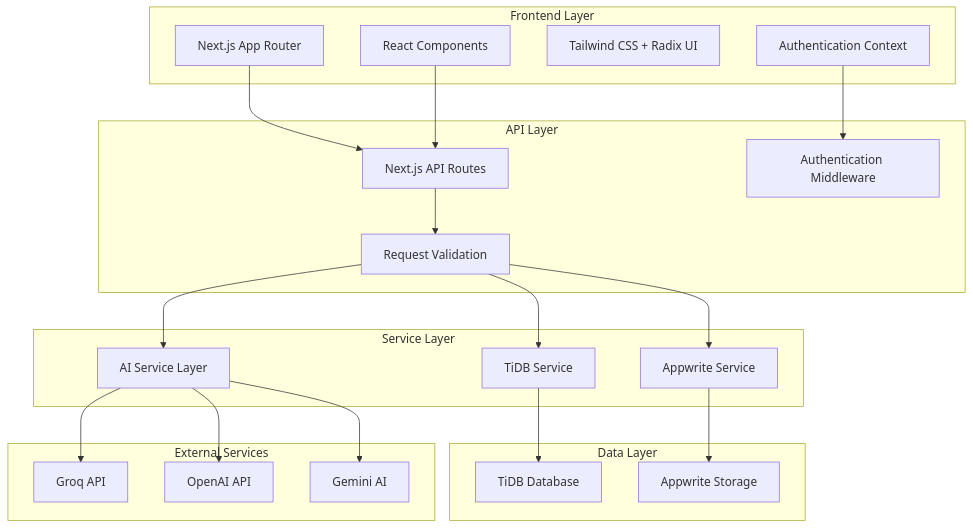
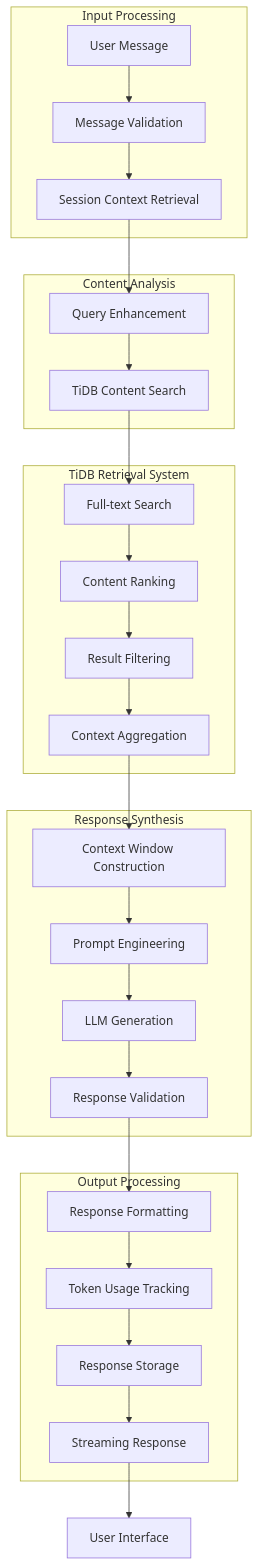
Before and after one commit to AdarshSingh-23f3003794/Vio: the fourth of 4 diagrams in README.md, drawn with Mermaid. The commit also changed other lines of this file, not shown here.

````diff
--- a/README.md
+++ b/README.md
@@ -76,45 +286,35 @@
 ```mermaid
-graph TB
-    subgraph "Frontend Layer"
-        A[Next.js App Router]
-        B[React Components]
-        C[Tailwind CSS + Radix UI]
-        D[Authentication Context]
+flowchart TB
+    subgraph "Input Processing"
+        A[User Message] --> B[Message Validation]
+        B --> C[Session Context Retrieval]
     end
     
-    subgraph "API Layer"
-        E[Next.js API Routes]
-        F[Authentication Middleware]
-        G[Request Validation]
+    subgraph "Content Analysis"
+        C --> D[Query Enhancement]
+        D --> E[TiDB Content Search]
     end
     
-    subgraph "Service Layer"
-        H[TiDB Service]
-        I[Appwrite Service]
-        J[AI Service Layer]
+    subgraph "TiDB Retrieval System"
+        E --> F[Full-text Search]
+        F --> G[Content Ranking]
+        G --> H[Result Filtering]
+        H --> I[Context Aggregation]
     end
     
-    subgraph "Data Layer"
-        K[TiDB Database]
-        L[Appwrite Storage]
+    subgraph "Response Synthesis"
+        I --> J[Context Window Construction]
+        J --> K[Prompt Engineering]
+        K --> L[LLM Generation]
+        L --> M[Response Validation]
     end
     
-    subgraph "External Services"
-        M[Groq API]
-        N[OpenAI API]
-        O[Gemini AI]
+    subgraph "Output Processing"
+        M --> N[Response Formatting]
+        N --> O[Token Usage Tracking]
+        O --> P[Response Storage]
+        P --> Q[Streaming Response]
     end
     
-    A --> E
-    B --> E
-    D --> F
-    E --> G
-    G --> H
-    G --> I
-    G --> J
-    H --> K
-    I --> L
-    J --> M
-    J --> N
-    J --> O
+    Q --> R[User Interface]
 ```
````
